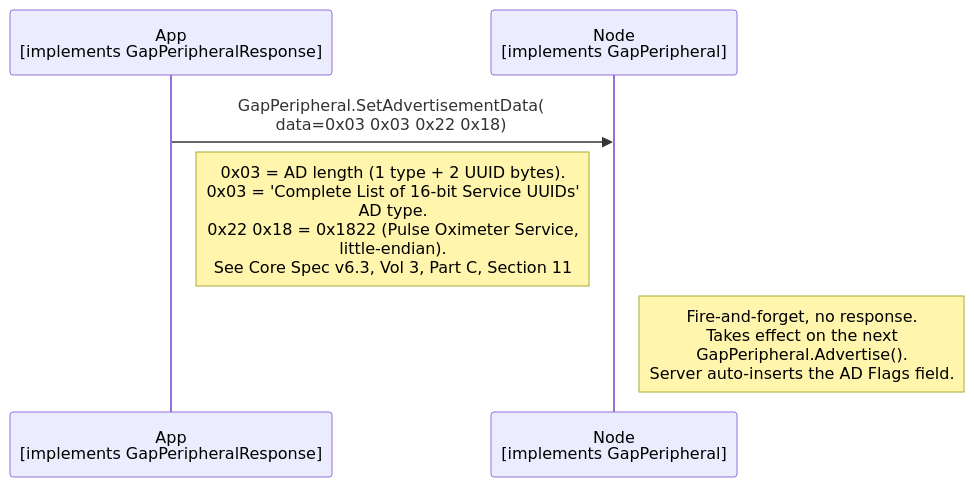
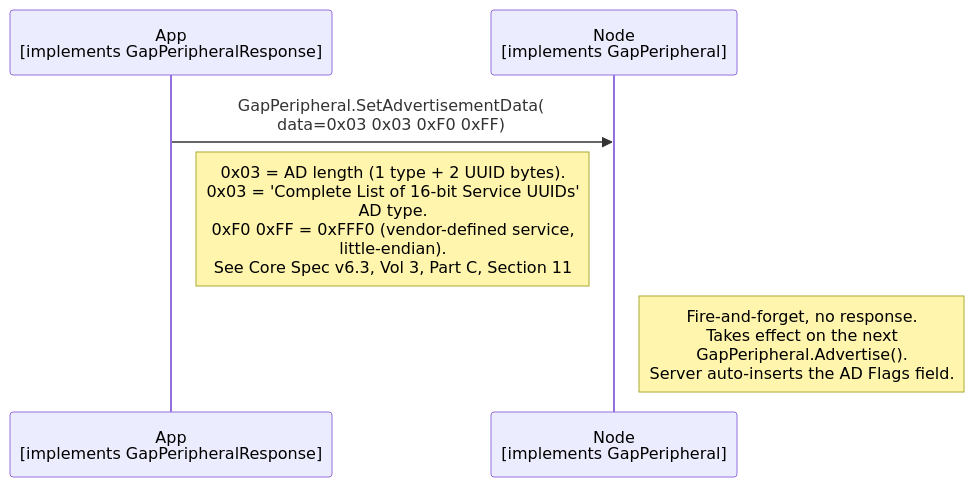
Before and after one commit to philips-software/amp-embedded-infra-lib: the diagram in documents/modules/ROOT/partials/echoservices/gap_peripheral/GapPeripheral_SetAdvertisementData_sequence.mmd, drawn with Mermaid. The commit also changed 35 other files, not shown here.

```diff
--- a/documents/modules/ROOT/partials/echoservices/gap_peripheral/GapPeripheral_SetAdvertisementData_sequence.mmd
+++ b/documents/modules/ROOT/partials/echoservices/gap_peripheral/GapPeripheral_SetAdvertisementData_sequence.mmd
@@ -1,6 +1,6 @@
 sequenceDiagram
     participant App as App<br>[implements GapPeripheralResponse]
     participant Node as Node<br>[implements GapPeripheral]
-    App->>Node: GapPeripheral.SetAdvertisementData(<br>data=0x03 0x03 0x22 0x18)
-    Note right of App: 0x03 = AD length (1 type + 2 UUID bytes).<br>0x03 = 'Complete List of 16-bit Service UUIDs'<br>AD type.<br>0x22 0x18 = 0x1822 (Pulse Oximeter Service,<br>little-endian).<br>See Core Spec v6.3, Vol 3, Part C, Section 11
+    App->>Node: GapPeripheral.SetAdvertisementData(<br>data=0x03 0x03 0xF0 0xFF)
+    Note right of App: 0x03 = AD length (1 type + 2 UUID bytes).<br>0x03 = 'Complete List of 16-bit Service UUIDs'<br>AD type.<br>0xF0 0xFF = 0xFFF0 (vendor-defined service,<br>little-endian).<br>See Core Spec v6.3, Vol 3, Part C, Section 11
     Note right of Node: Fire-and-forget, no response.<br>Takes effect on the next<br>GapPeripheral.Advertise().<br>Server auto-inserts the AD Flags field.
```
